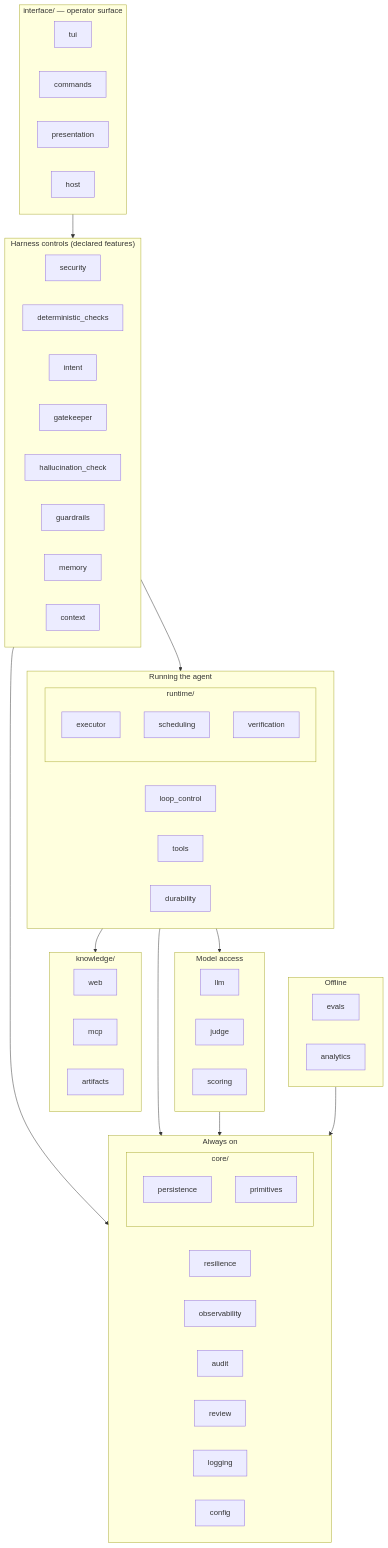
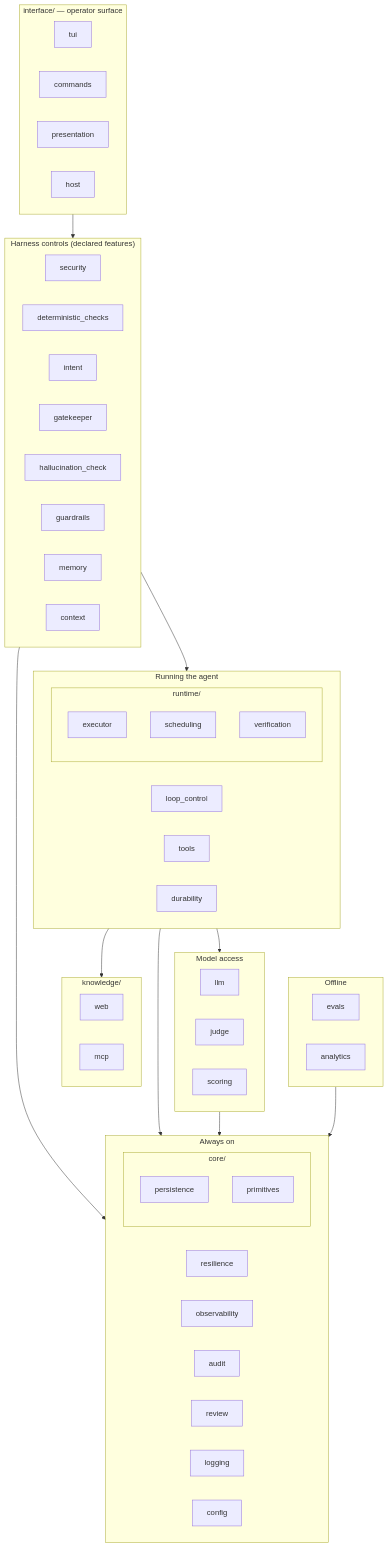
One commit to RoboSathi/agentic-ai-series changed the second of 11 diagrams in design_docs/HLD.md. Above: the diagram before and after it, drawn with Mermaid. The commit also changed other lines of this file and 75 other files, not shown here.

Commit message:
fix: RA runs are no longer stored, CONTEXT card counted the tool-schema tokens but never showed the schemas, and Report sections are now chosen per question (not fixed), and some refactor of large files.

````diff
--- a/design_docs/HLD.md
+++ b/design_docs/HLD.md
@@ -70,39 +70,39 @@
 ```mermaid
 flowchart TB
     subgraph Interface["interface/ — operator surface"]
         tui & commands & presentation & host
     end
     subgraph Controls["Harness controls (declared features)"]
         security & deterministic_checks & intent & gatekeeper
         hallucination_check & guardrails & memory & context
     end
     subgraph Loop["Running the agent"]
         loop_control & tools
         subgraph Runtime["runtime/"]
             executor & scheduling & verification
         end
         durability
     end
     subgraph Models["Model access"]
         llm & judge & scoring
     end
     subgraph Knowledge["knowledge/"]
-        web & mcp & artifacts
+        web & mcp
     end
     subgraph Plumbing["Always on"]
         resilience & observability & audit & review & logging
         subgraph Core["core/"]
             persistence & primitives
         end
         config
     end
     subgraph Offline["Offline"]
         evals & analytics
     end
     Interface --> Controls --> Loop --> Models
     Loop --> Knowledge
     Controls --> Plumbing
     Loop --> Plumbing
     Models --> Plumbing
     Offline --> Plumbing
 ```
````
